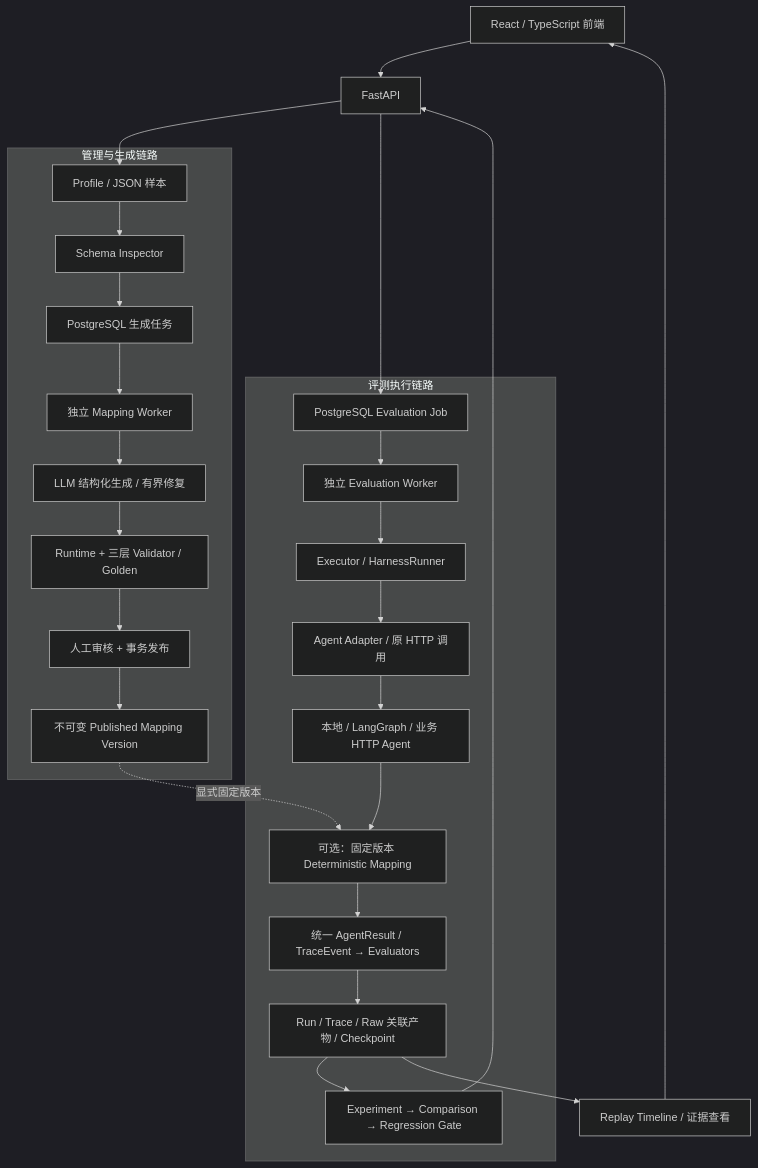
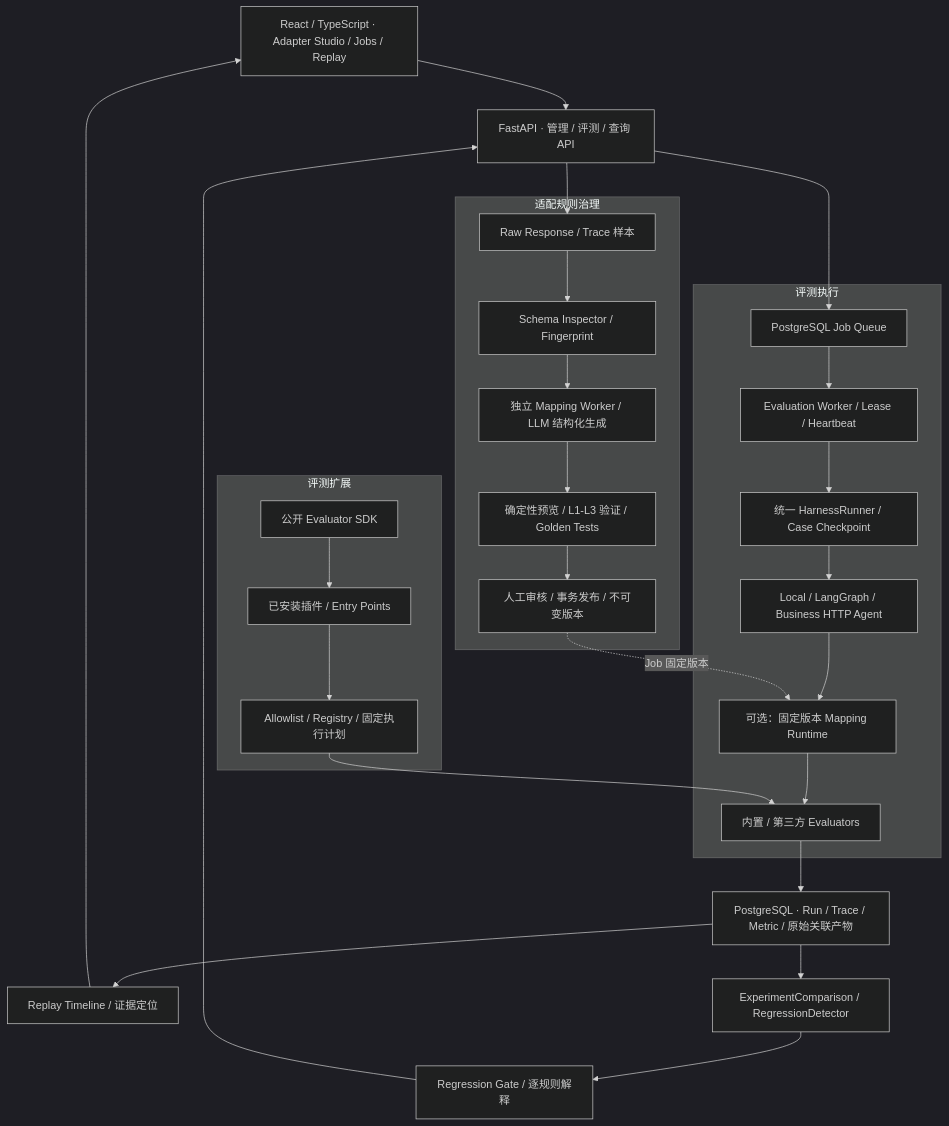
The diagram in README.md (terry-ggtt/EvalForge-Agent), drawn with Mermaid (dark theme) before and after one commit. The commit also changed other lines of this file and 80 other files, not shown here.

Commit message:
feat: ship evaluator plugins and refresh project showcase

````diff
--- a/README.md
+++ b/README.md
@@ -48,39 +50,43 @@
 ```mermaid
 flowchart TB
-    UI["React / TypeScript 前端"]
-    API["FastAPI"]
+    UI["React / TypeScript · Adapter Studio / Jobs / Replay"]
+    API["FastAPI · 管理 / 评测 / 查询 API"]
     UI --> API
 
-    subgraph Studio["管理与生成链路"]
-        Samples["Profile / JSON 样本"]
-        Inspector["Schema Inspector"]
-        GQ["PostgreSQL 生成任务"]
-        GW["独立 Mapping Worker"]
-        AI["LLM 结构化生成 / 有界修复"]
-        Validator["Runtime + 三层 Validator / Golden"]
-        Review["人工审核 + 事务发布"]
-        Versions["不可变 Published Mapping Version"]
-        Samples --> Inspector --> GQ --> GW --> AI --> Validator --> Review --> Versions
+    subgraph Control["适配规则治理"]
+        Samples["Raw Response / Trace 样本"]
+        Inspect["Schema Inspector / Fingerprint"]
+        Generate["独立 Mapping Worker / LLM 结构化生成"]
+        Validate["确定性预览 / L1-L3 验证 / Golden Tests"]
+        Publish["人工审核 / 事务发布 / 不可变版本"]
+        Samples --> Inspect --> Generate --> Validate --> Publish
     end
 
-    subgraph Evaluation["评测执行链路"]
-        JQ["PostgreSQL Evaluation Job"]
-        EW["独立 Evaluation Worker"]
-        Runner["Executor / HarnessRunner"]
-        Adapter["Agent Adapter / 原 HTTP 调用"]
-        Agent["本地 / LangGraph / 业务 HTTP Agent"]
-        Mapping["可选：固定版本 Deterministic Mapping"]
-        Metrics["统一 AgentResult / TraceEvent → Evaluators"]
-        Evidence["Run / Trace / Raw 关联产物 / Checkpoint"]
-        Comparison["Experiment → Comparison → Regression Gate"]
-        JQ --> EW --> Runner --> Adapter --> Agent
-        Agent --> Mapping --> Metrics --> Evidence --> Comparison
+    subgraph Execute["评测执行"]
+        Jobs["PostgreSQL Job Queue"]
+        Worker["Evaluation Worker / Lease / Heartbeat"]
+        Runner["统一 HarnessRunner / Case Checkpoint"]
+        Agent["Local / LangGraph / Business HTTP Agent"]
+        Normalize["可选：固定版本 Mapping Runtime"]
+        Evaluate["内置 / 第三方 Evaluators"]
+        Jobs --> Worker --> Runner --> Agent --> Normalize --> Evaluate
+    end
+
+    subgraph Plugins["评测扩展"]
+        SDK["公开 Evaluator SDK"]
+        EP["已安装插件 / Entry Points"]
+        Registry["Allowlist / Registry / 固定执行计划"]
+        SDK --> EP --> Registry
     end
 
     API --> Samples
-    API --> JQ
-    Versions -. "显式固定版本" .-> Mapping
-    Evidence --> Replay["Replay Timeline / 证据查看"]
+    API --> Jobs
+    Publish -. "Job 固定版本" .-> Normalize
+    Registry --> Evaluate
+    Evaluate --> Store["PostgreSQL · Run / Trace / Metric / 原始关联产物"]
+    Store --> Replay["Replay Timeline / 证据定位"]
+    Store --> Compare["ExperimentComparison / RegressionDetector"]
+    Compare --> Gate["Regression Gate / 逐规则解释"]
     Replay --> UI
-    Comparison --> API
+    Gate --> API
 ```
````
